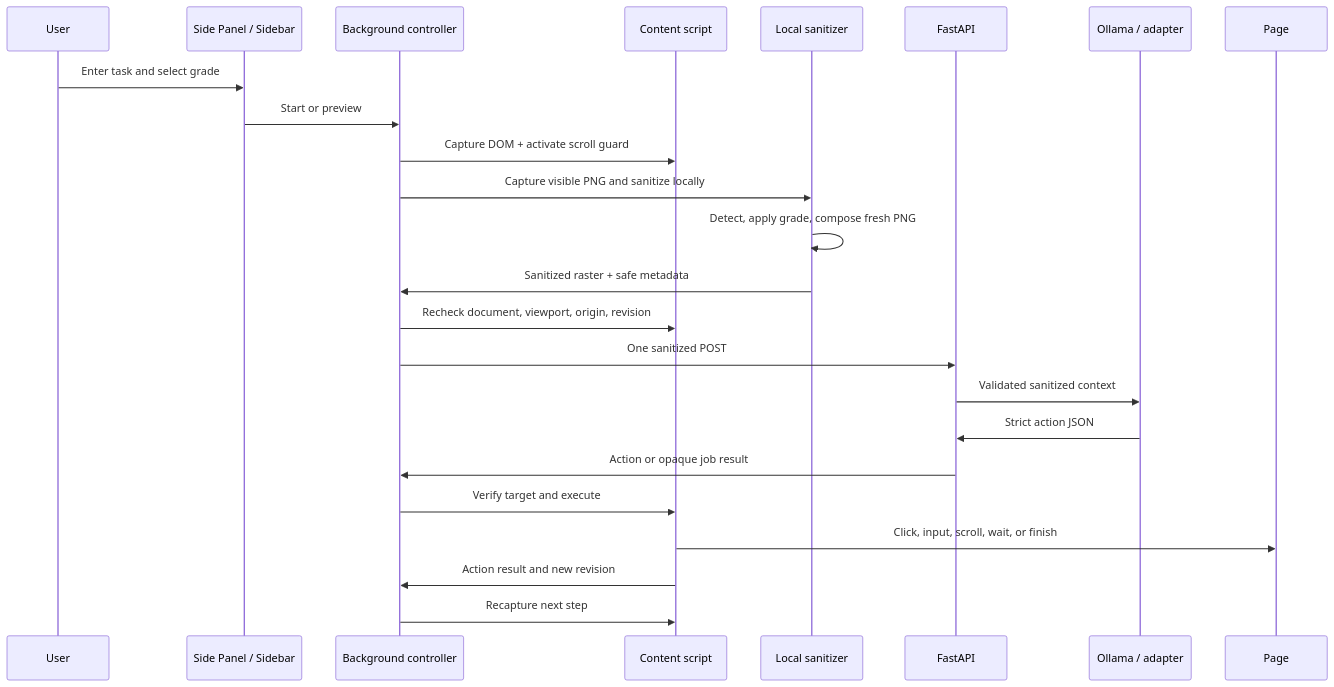
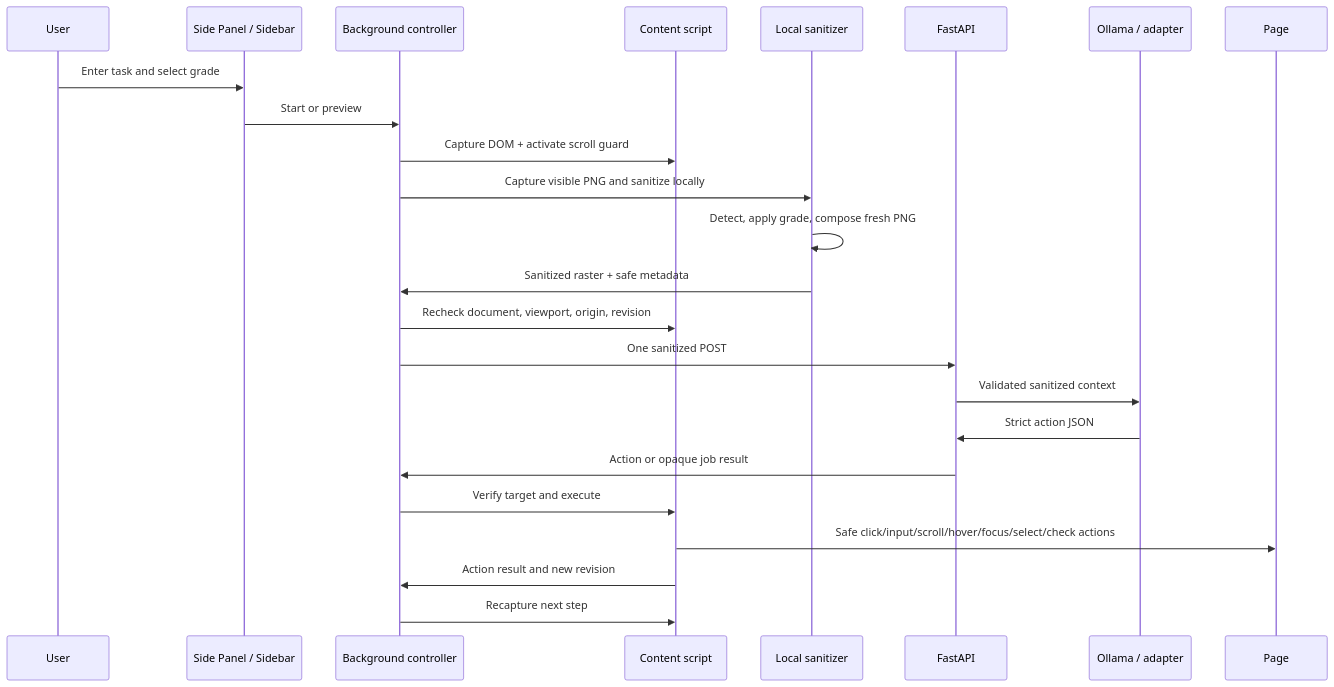
Before and after one commit to Rohinth-S/NAYAN: the fourth of 7 diagrams in README.md, drawn with Mermaid. The commit also changed other lines of this file and 114 other files, not shown here.

````diff
--- a/README.md
+++ b/README.md
@@ -179,27 +185,27 @@
 ```mermaid
 sequenceDiagram
     participant User
     participant UI as Side Panel / Sidebar
     participant SW as Background controller
     participant CS as Content script
     participant Local as Local sanitizer
     participant API as FastAPI
     participant Model as Ollama / adapter
     participant Page
 
     User->>UI: Enter task and select grade
     UI->>SW: Start or preview
     SW->>CS: Capture DOM + activate scroll guard
     SW->>Local: Capture visible PNG and sanitize locally
     Local->>Local: Detect, apply grade, compose fresh PNG
     Local->>SW: Sanitized raster + safe metadata
     SW->>CS: Recheck document, viewport, origin, revision
     SW->>API: One sanitized POST
     API->>Model: Validated sanitized context
     Model->>API: Strict action JSON
     API->>SW: Action or opaque job result
     SW->>CS: Verify target and execute
-    CS->>Page: Click, input, scroll, wait, or finish
+    CS->>Page: Safe click/input/scroll/hover/focus/select/check actions
     CS->>SW: Action result and new revision
     SW->>CS: Recapture next step
 ```
````
